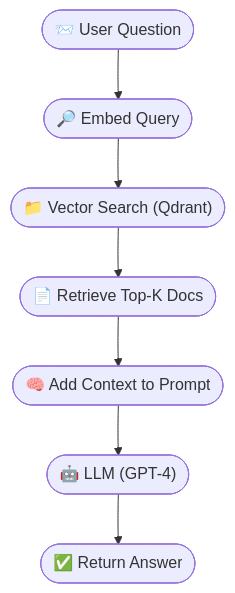
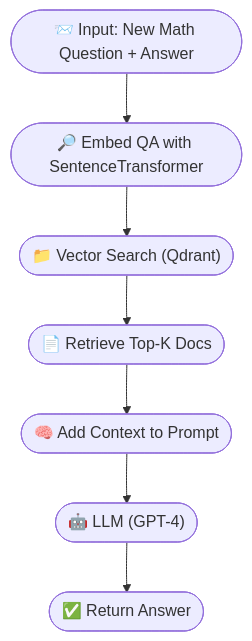
One commit to radianvp/study-lab-math-difficulty-level-estimator changed the diagram in README.md. Above: the diagram before and after it, drawn with Mermaid.

````diff
--- a/README.md
+++ b/README.md
@@ -37,9 +37,9 @@
 ```mermaid
 flowchart TD
-    A(["📨 User Question"]) --> B(["🔎 Embed Query"])
+    A(["📨 Input: New Math Question + Answer"]) --> B(["🔎 Embed QA with SentenceTransformer"])
     B --> C(["📁 Vector Search (Qdrant)"])
     C --> D(["📄 Retrieve Top-K Docs"])
     D --> E(["🧠 Add Context to Prompt"])
     E --> F(["🤖 LLM (GPT-4)"])
     F --> G(["✅ Return Answer"])
 ```
````
